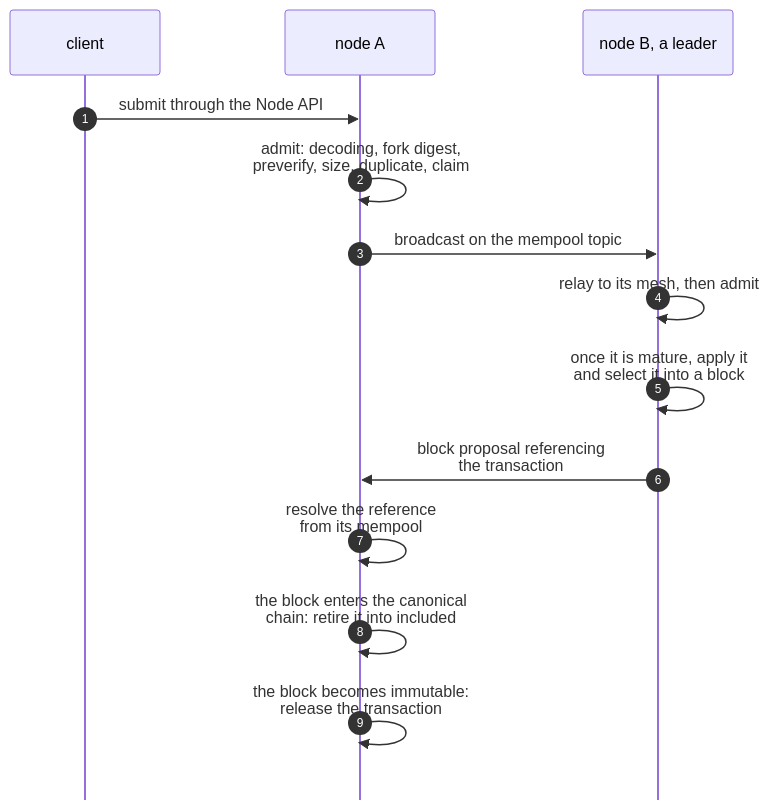
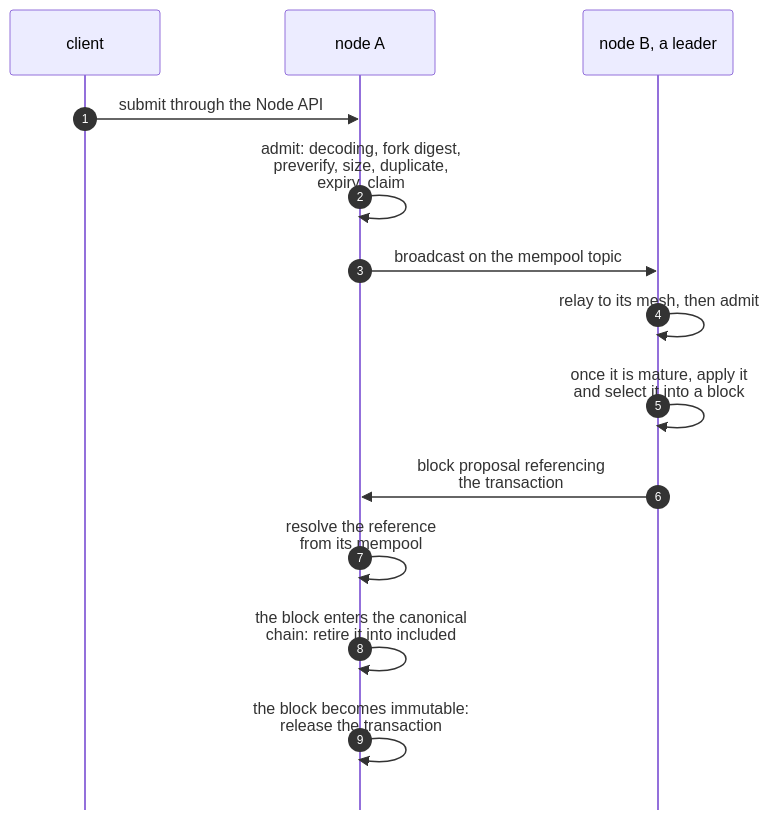
The fourth of 4 diagrams in docs/blockchain/raw/mempool.md (logos-co/logos-lips), drawn with Mermaid before and after one commit. The commit also changed other lines of this file and 2 other files, not shown here.

First line of the commit message:
docs(blockchain): admit, relay, retire and release transactions by their expiry slot

````diff
--- a/docs/blockchain/raw/mempool.md
+++ b/docs/blockchain/raw/mempool.md
@@ -193,21 +205,21 @@
 ```mermaid
 ---
 config:
   sequence:
     mirrorActors: false
 ---
 sequenceDiagram
     autonumber
     participant C as client
     participant A as node A
     participant B as node B, a leader
     C->>A: submit through the Node API
-    A->>A: admit: decoding, fork digest,<br/>preverify, size, duplicate, claim
+    A->>A: admit: decoding, fork digest,<br/>preverify, size, duplicate,<br/>expiry, claim
     A->>B: broadcast on the mempool topic
     B->>B: relay to its mesh, then admit
     B->>B: once it is mature, apply it<br/>and select it into a block
     B->>A: block proposal referencing<br/>the transaction
     A->>A: resolve the reference<br/>from its mempool
     A->>A: the block enters the canonical<br/>chain: retire it into included
     A->>A: the block becomes immutable:<br/>release the transaction
 ```
````
